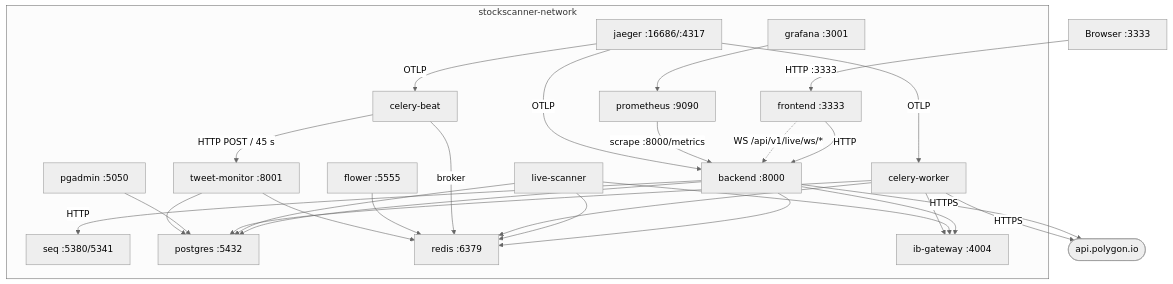
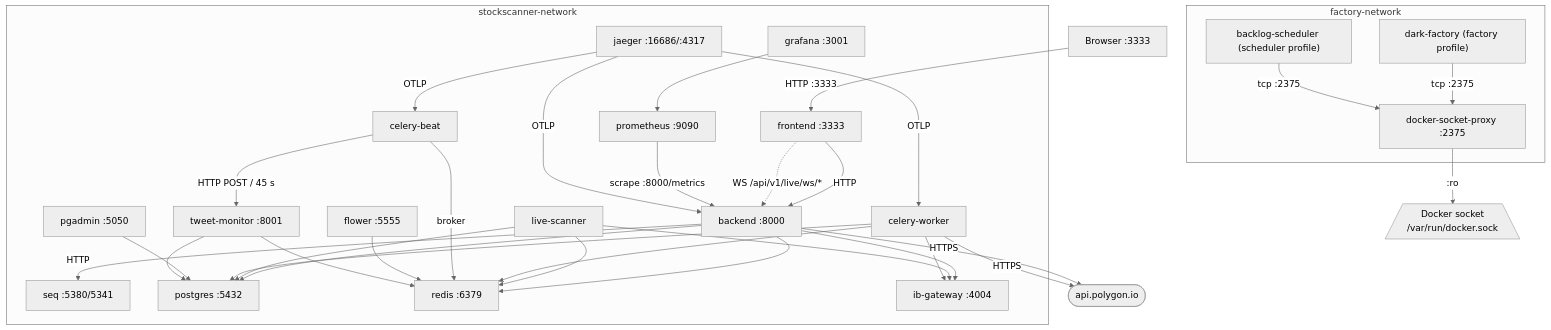
The first of 3 diagrams in ARCHITECTURE.md (omniscient/markethawk), drawn with Mermaid (neutral theme) before and after one commit.

Commit message:
docs: update architecture map for docker-socket-hardening
Adds factory-network subgraph to the Service Topology diagram showing
docker-socket-proxy, dark-factory, and backlog-scheduler. Proxy is the
only service with direct access to the Docker socket (read-only); factory
and scheduler route through it via tcp :2375.

````diff
--- a/ARCHITECTURE.md
+++ b/ARCHITECTURE.md
@@ -7,56 +7,67 @@
 ```mermaid
 graph TD
     Browser["Browser :3333"]
 
     subgraph net["stockscanner-network"]
         frontend["frontend :3333"]
         backend["backend :8000"]
         livescanner["live-scanner"]
         celery["celery-worker"]
         beat["celery-beat"]
         flower["flower :5555"]
         pgadmin["pgadmin :5050"]
         seq["seq :5380/5341"]
         tweetmonitor["tweet-monitor :8001"]
         postgres["postgres :5432"]
         redis["redis :6379"]
         ibgw["ib-gateway :4004"]
         prometheus["prometheus :9090"]
         grafana["grafana :3001"]
         jaeger["jaeger :16686/:4317"]
     end
 
+    subgraph factory["factory-network"]
+        proxy["docker-socket-proxy :2375"]
+        darkfactory["dark-factory (factory profile)"]
+        scheduler["backlog-scheduler (scheduler profile)"]
+    end
+
+    dockersock[/"Docker socket\n/var/run/docker.sock"\]
     polygon(["api.polygon.io"])
 
     Browser -->|"HTTP :3333"| frontend
     frontend -->|HTTP| backend
     frontend -.->|"WS /api/v1/live/ws/*"| backend
 
     backend --> postgres
     backend --> redis
     backend --> ibgw
     backend -->|HTTPS| polygon
     backend -->|HTTP| seq
 
     livescanner --> postgres
     livescanner --> redis
     livescanner --> ibgw
 
     celery --> postgres
     celery --> redis
     celery --> ibgw
     celery -->|HTTPS| polygon
 
     beat -->|broker| redis
     beat -->|"HTTP POST / 45 s"| tweetmonitor
     flower --> redis
     pgadmin --> postgres
     tweetmonitor --> postgres
     tweetmonitor --> redis
 
     prometheus -->|"scrape :8000/metrics"| backend
     grafana --> prometheus
     jaeger -->|OTLP| backend
     jaeger -->|OTLP| celery
     jaeger -->|OTLP| beat
+
+    proxy -->|":ro"| dockersock
+    darkfactory -->|"tcp :2375"| proxy
+    scheduler -->|"tcp :2375"| proxy
 ```
````
